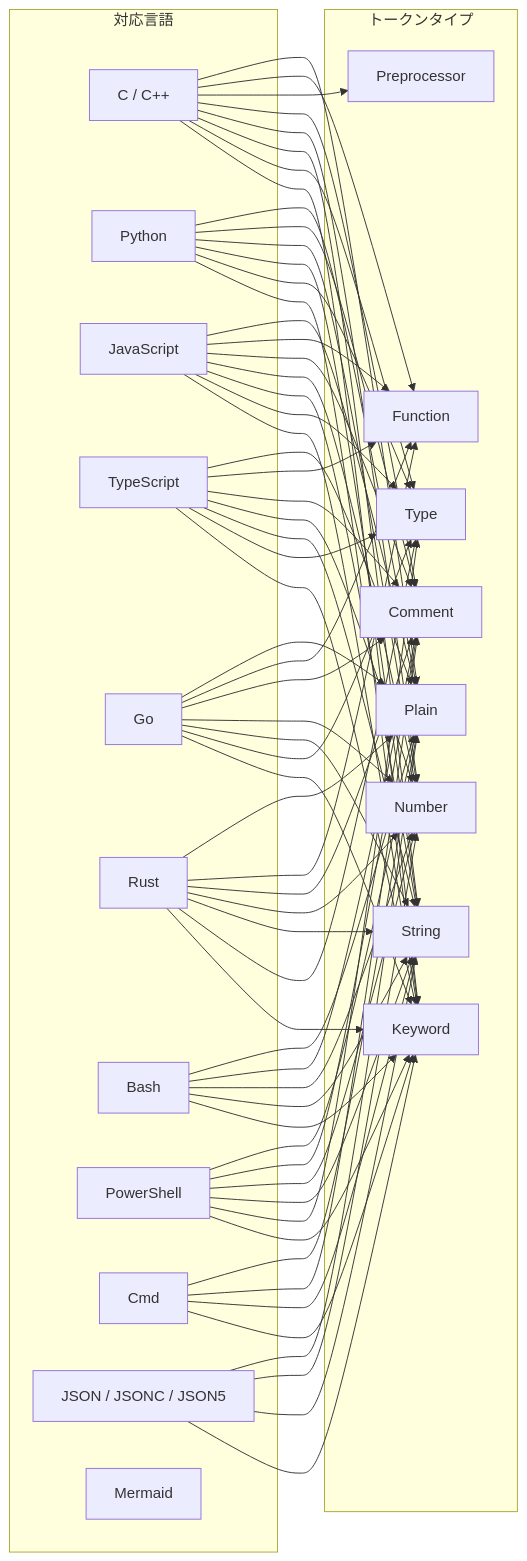
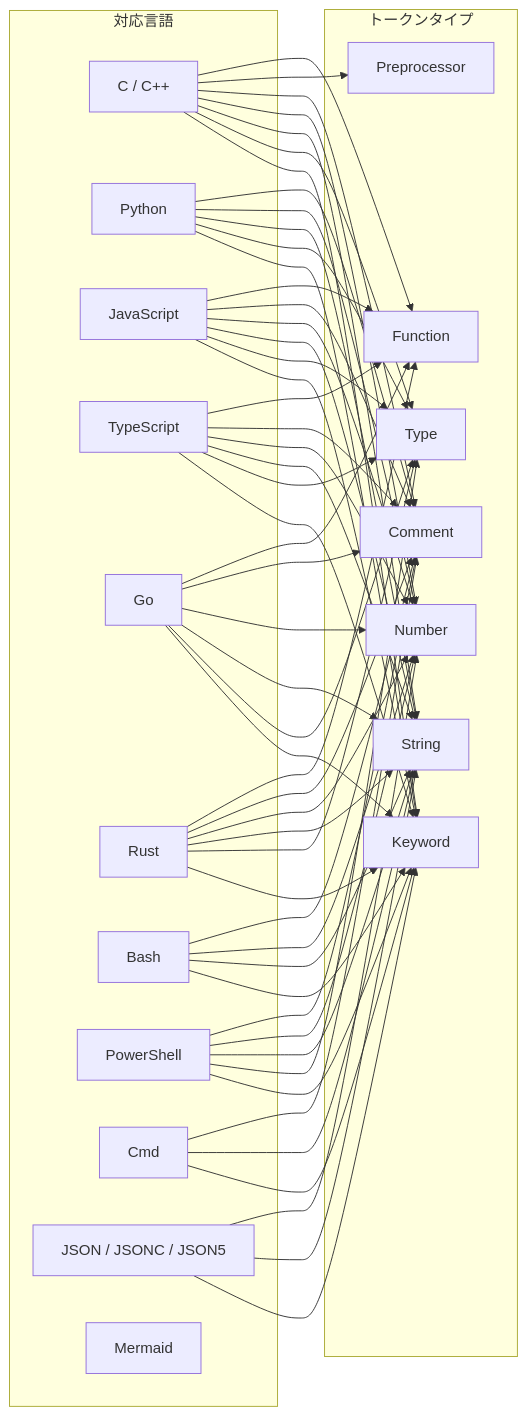
The ninth of 27 diagrams in example/test.md (tanaton/mendo), drawn with Mermaid before and after one commit. The commit also changed other lines of this file and 149 other files, not shown here.

````diff
--- a/example/test.md
+++ b/example/test.md
@@ -1218,38 +1236,37 @@
 ```mermaid
 graph LR
     subgraph 対応言語
         CPP[C / C++]
         PY[Python]
         JS[JavaScript]
         TS[TypeScript]
         GO[Go]
         RS[Rust]
         BASH[Bash]
         PS[PowerShell]
         CMD[Cmd]
         JSON[JSON / JSONC / JSON5]
         MER[Mermaid]
     end
 
     subgraph トークンタイプ
         KW[Keyword]
         TY[Type]
         ST[String]
         NU[Number]
         CM[Comment]
         PP[Preprocessor]
         FN[Function]
-        PL[Plain]
     end
 
-    CPP --> KW & TY & ST & NU & CM & PP & FN & PL
-    PY --> KW & TY & ST & NU & CM & PL
-    JS --> KW & TY & ST & NU & CM & FN & PL
-    TS --> KW & TY & ST & NU & CM & FN & PL
-    GO --> KW & TY & ST & NU & CM & FN & PL
-    RS --> KW & TY & ST & NU & CM & FN & PL
-    BASH --> KW & ST & NU & CM & PL
-    PS --> KW & TY & ST & NU & CM & PL
-    CMD --> KW & ST & CM & PL
-    JSON --> KW & ST & NU & PL
+    CPP --> KW & TY & ST & NU & CM & PP & FN
+    PY --> KW & TY & ST & NU & CM
+    JS --> KW & TY & ST & NU & CM & FN
+    TS --> KW & TY & ST & NU & CM & FN
+    GO --> KW & TY & ST & NU & CM & FN
+    RS --> KW & TY & ST & NU & CM & FN
+    BASH --> KW & ST & NU & CM
+    PS --> KW & TY & ST & NU & CM
+    CMD --> KW & ST & CM
+    JSON --> KW & ST & NU
 ```
````
